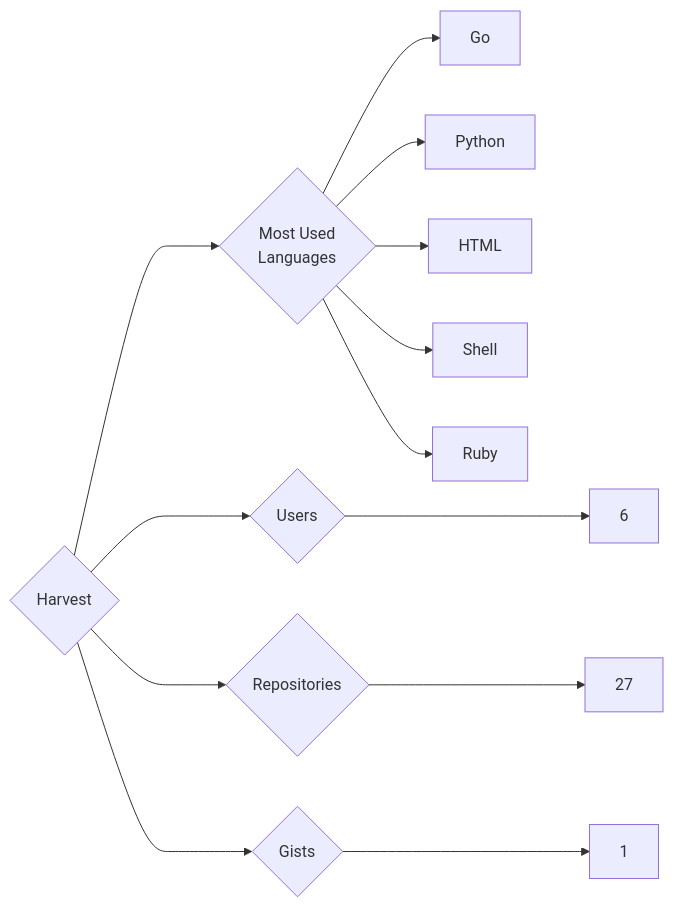
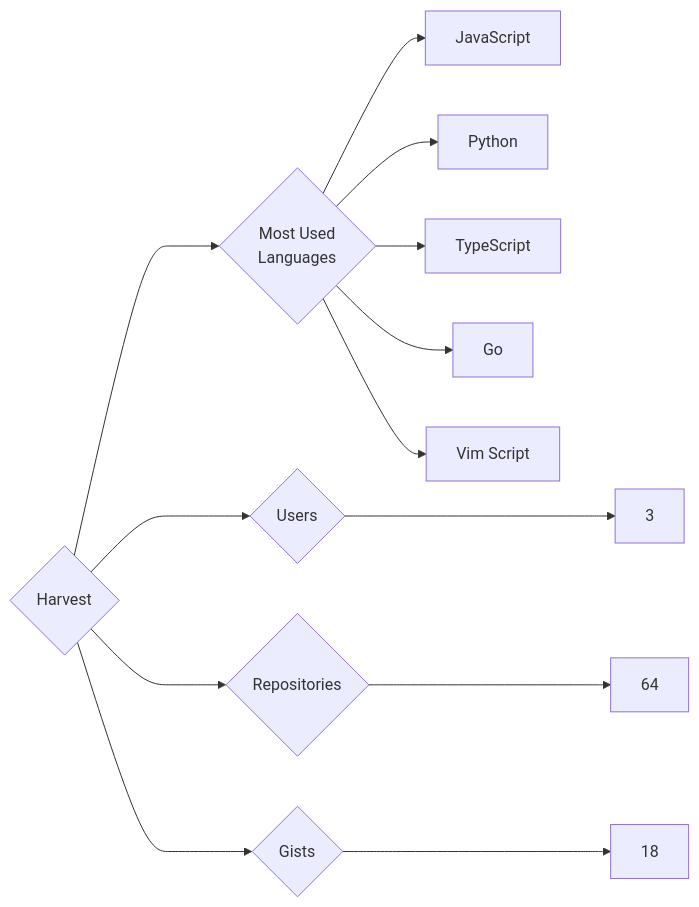
Before and after one commit to trickest/insiders: the diagram in targets/Harvest/README.md, drawn with Mermaid. The commit also changed 611 other files, not shown here.

````diff
--- a/targets/Harvest/README.md
+++ b/targets/Harvest/README.md
@@ -3,13 +3,13 @@
 ```mermaid
 graph LR
 COMPANY_NAME{Harvest}
-COMPANY_NAME ---> U{Users} ---> UN[6]
-COMPANY_NAME ---> R{Repositories} ---> RN[27]
-COMPANY_NAME ---> G{Gists} ---> GN[1]
+COMPANY_NAME ---> U{Users} ---> UN[3]
+COMPANY_NAME ---> R{Repositories} ---> RN[64]
+COMPANY_NAME ---> G{Gists} ---> GN[18]
 COMPANY_NAME ---> ML{Most Used<br>Languages}
+ML --> JavaScript[JavaScript]
+ML --> Python[Python]
+ML --> TypeScript[TypeScript]
 ML --> Go[Go]
-ML --> Python[Python]
-ML --> HTML[HTML]
-ML --> Shell[Shell]
-ML --> Ruby[Ruby]
+ML --> Vim_Script[Vim Script]
 ```
````
